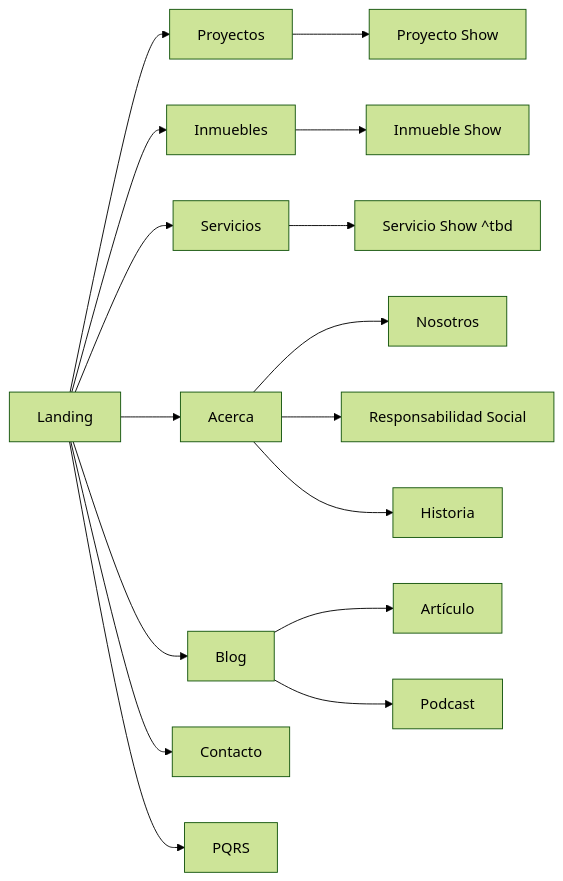
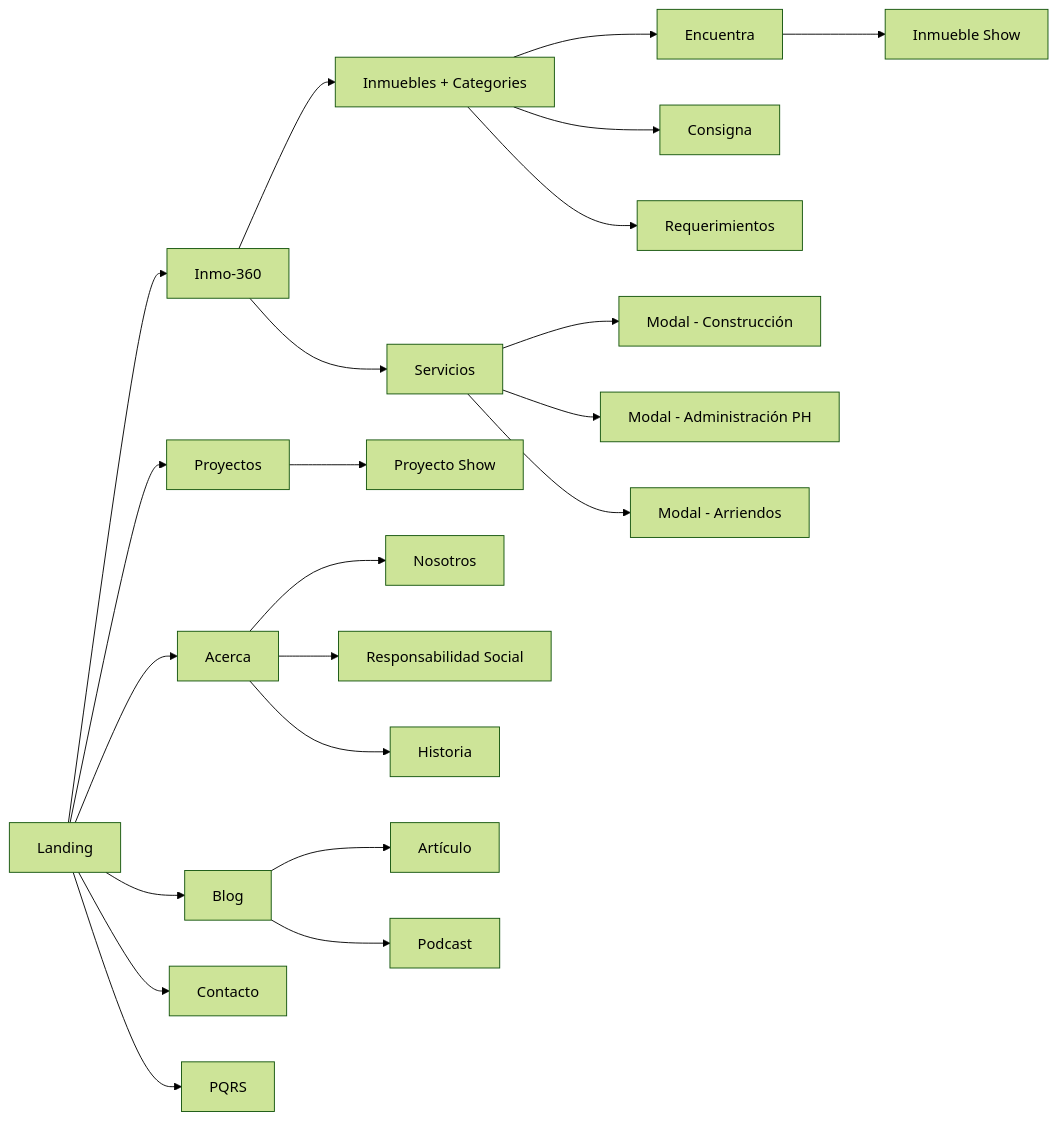
The third of 3 diagrams in Architeture.md (Mich9025/pga-web), drawn with Mermaid (forest theme) before and after one commit. The commit also changed other lines of this file, not shown here.

````diff
--- a/Architeture.md
+++ b/Architeture.md
@@ -24,21 +125,27 @@
 ```mermaid
 graph LR
     A[Landing] --> B[Proyectos]
-    A --> C[Inmuebles]
-    A --> D[Servicios]
+    X --> C[Inmuebles + Categories]
+    A --> X[Inmo-360]
+    X --> D[Servicios]
     A --> E[Acerca]
     A --> F[Blog]
     A --> G[Contacto]
     A --> H[PQRS]
 
     B --> B1[Proyecto Show]
-    C --> C1[Inmueble Show]
-    D --> D1[Servicio Show ^tbd]
+    C --> C1[Encuentra]
+    C1 --> CC1[Inmueble Show]
+    C --> C2[Consigna]
+    C --> C3[Requerimientos]
+    D --> D4[Modal - Construcción]
+    D --> D5[Modal - Administración PH]
+    D --> D6[Modal - Arriendos]
 
     E --> E1[Nosotros]
     E --> E2[Responsabilidad Social]
     E --> E3[Historia]
 
     F --> F1[Artículo]
     F --> F2[Podcast]
 ```
````
